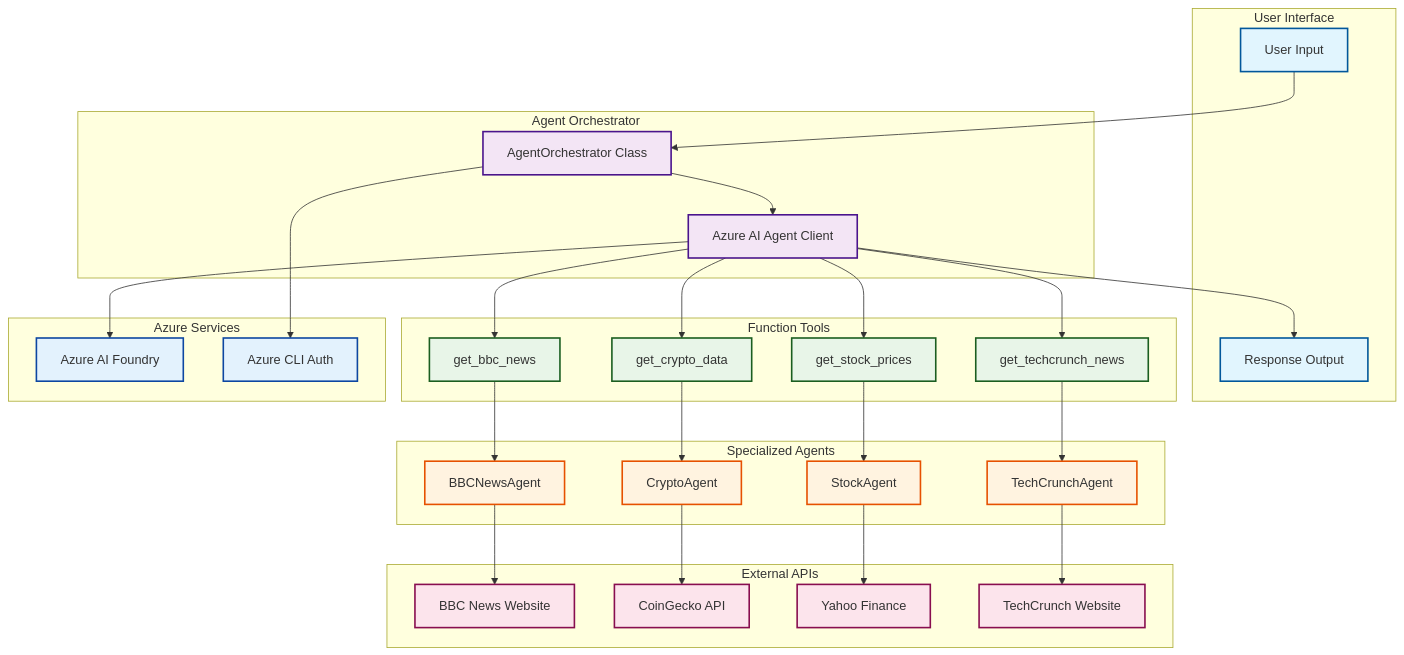
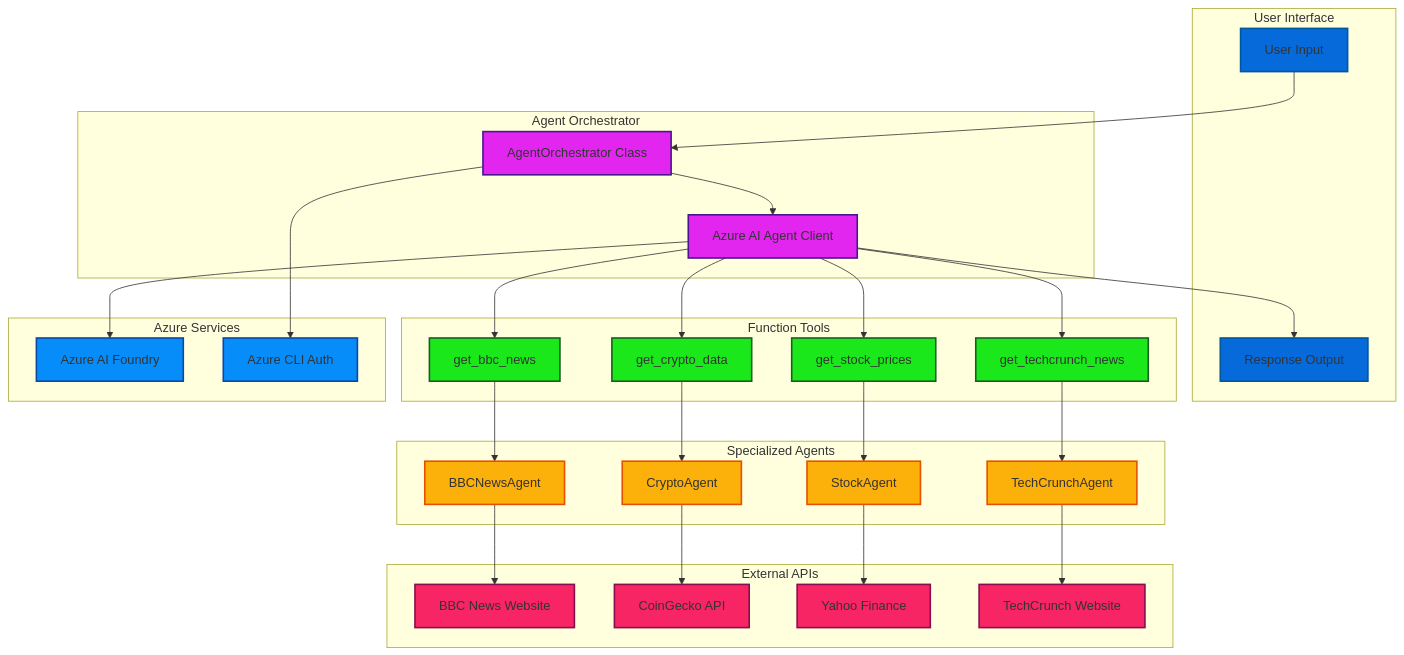
One commit to khanasif1/demo-microsoft-agent-framework changed the diagram in agentTools/README.md. Above: the diagram before and after it, drawn with Mermaid.

Commit message:
style: Update Mermaid diagram colors for improved visibility and consistency

````diff
--- a/agentTools/README.md
+++ b/agentTools/README.md
@@ -7,74 +7,74 @@
 ```mermaid
 graph TB
     subgraph "User Interface"
         UI[User Input]
         OUT[Response Output]
     end
     
     subgraph "Agent Orchestrator"
         ORCH[AgentOrchestrator Class]
         AI[Azure AI Agent Client]
     end
     
     subgraph "Function Tools"
         BBC[get_bbc_news]
         CRYPTO[get_crypto_data]
         STOCK[get_stock_prices]
         TECH[get_techcrunch_news]
     end
     
     subgraph "Specialized Agents"
         BBCAGENT[BBCNewsAgent]
         CRYPTOAGENT[CryptoAgent]
         STOCKAGENT[StockAgent]
         TECHAGENT[TechCrunchAgent]
     end
     
     subgraph "External APIs"
         BBCAPI[BBC News Website]
         COINAPI[CoinGecko API]
         YAHOOAPI[Yahoo Finance]
         TECHAPI[TechCrunch Website]
     end
     
     subgraph "Azure Services"
         AZAI[Azure AI Foundry]
         AUTH[Azure CLI Auth]
     end
     
     UI --> ORCH
     ORCH --> AI
     AI --> BBC
     AI --> CRYPTO
     AI --> STOCK
     AI --> TECH
     
     BBC --> BBCAGENT
     CRYPTO --> CRYPTOAGENT
     STOCK --> STOCKAGENT
     TECH --> TECHAGENT
     
     BBCAGENT --> BBCAPI
     CRYPTOAGENT --> COINAPI
     STOCKAGENT --> YAHOOAPI
     TECHAGENT --> TECHAPI
     
     AI --> AZAI
     ORCH --> AUTH
     
     AI --> OUT
     
-    classDef userClass fill:#e1f5fe,stroke:#01579b,stroke-width:2px
-    classDef orchestratorClass fill:#f3e5f5,stroke:#4a148c,stroke-width:2px
-    classDef toolClass fill:#e8f5e8,stroke:#1b5e20,stroke-width:2px
-    classDef agentClass fill:#fff3e0,stroke:#e65100,stroke-width:2px
-    classDef apiClass fill:#fce4ec,stroke:#880e4f,stroke-width:2px
-    classDef azureClass fill:#e3f2fd,stroke:#0d47a1,stroke-width:2px
+    classDef userClass fill:#076adb,stroke:#01579b,stroke-width:2px
+    classDef orchestratorClass fill:#e226f0,stroke:#4a148c,stroke-width:2px
+    classDef toolClass fill:#1ae81a,stroke:#1b5e20,stroke-width:2px
+    classDef agentClass fill:#fcb00a,stroke:#e65100,stroke-width:2px
+    classDef apiClass fill:#f72564,stroke:#880e4f,stroke-width:2px
+    classDef azureClass fill:#078dfa,stroke:#0d47a1,stroke-width:2px
     
     class UI,OUT userClass
     class ORCH,AI orchestratorClass
     class BBC,CRYPTO,STOCK,TECH toolClass
     class BBCAGENT,CRYPTOAGENT,STOCKAGENT,TECHAGENT agentClass
     class BBCAPI,COINAPI,YAHOOAPI,TECHAPI apiClass
     class AZAI,AUTH azureClass
 ```
````
